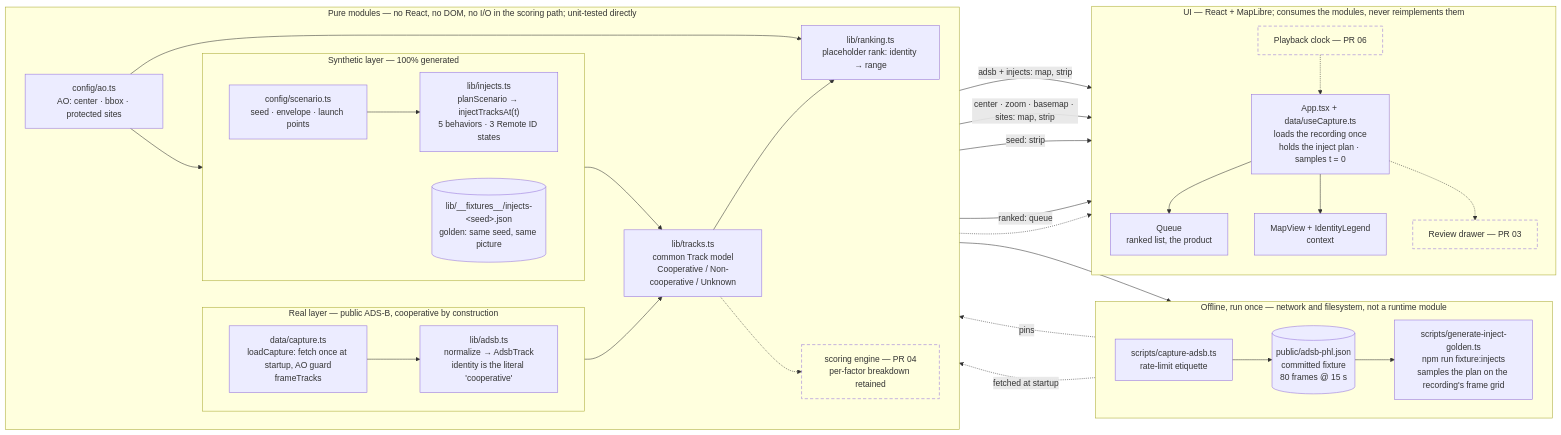
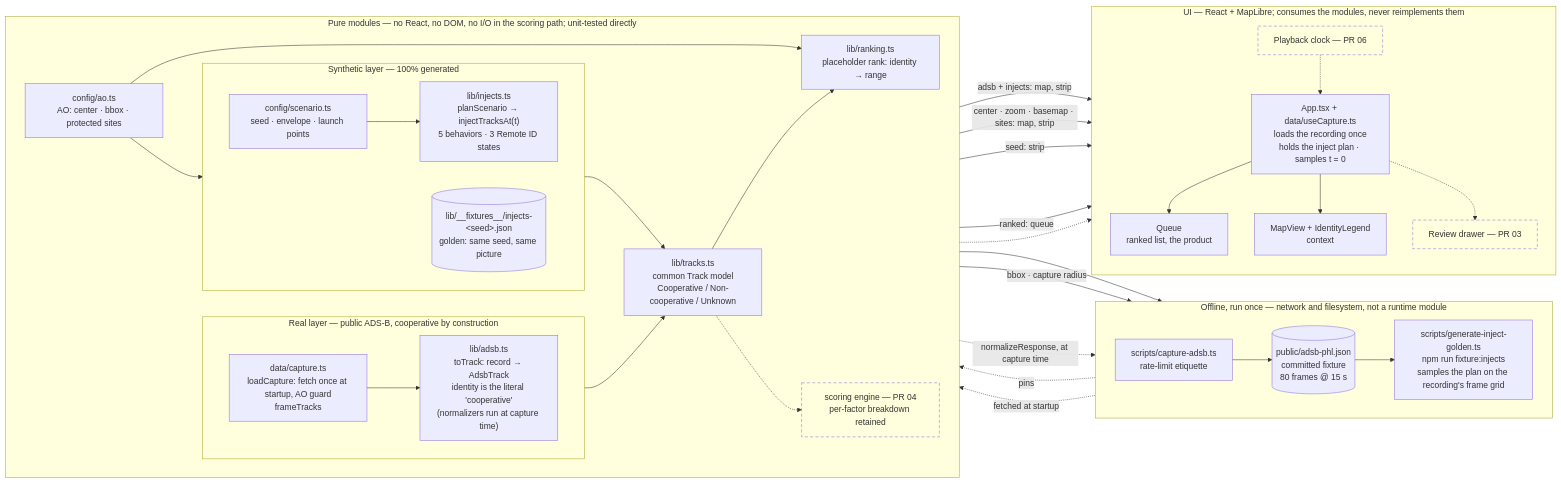
One commit to garishay/vigil changed the diagram in README.md. Above: the diagram before and after it, drawn with Mermaid. The commit also changed 1 other file, not shown here.

Commit message:
docs: draw the capture path's dependencies; widen the checklist wording
Third review round: the capture script reads the AO (bbox, radius) and
calls lib/adsb.ts's normalizers, so both edges are drawn and the runtime
box now says what runs at runtime (toTrack) versus at capture time; the
section-12 checklist wording matches the CLAUDE.md convention, covering
a PR that lands a module the diagram reserves as dashed.

Claude-Session: https://claude.ai/code/session_01TLySuKTCTqmyjo5W8xe24u

````diff
--- a/README.md
+++ b/README.md
@@ -21,52 +21,54 @@
 ```mermaid
 flowchart LR
   subgraph offline["Offline, run once — network and filesystem, not a runtime module"]
     direction LR
     cap["scripts/capture-adsb.ts<br/>rate-limit etiquette"] --> fx[("public/adsb-phl.json<br/>committed fixture<br/>80 frames @ 15 s")]
     fx --> goldgen["scripts/generate-inject-golden.ts<br/>npm run fixture:injects<br/>samples the plan on the recording's frame grid"]
   end
   subgraph pure["Pure modules — no React, no DOM, no I/O in the scoring path; unit-tested directly"]
     direction LR
     subgraph real["Real layer — public ADS-B, cooperative by construction"]
       direction LR
-      load["data/capture.ts<br/>loadCapture: fetch once at startup, AO guard<br/>frameTracks"] --> norm["lib/adsb.ts<br/>normalize → AdsbTrack<br/>identity is the literal 'cooperative'"]
+      load["data/capture.ts<br/>loadCapture: fetch once at startup, AO guard<br/>frameTracks"] --> norm["lib/adsb.ts<br/>toTrack: record → AdsbTrack<br/>identity is the literal 'cooperative'<br/>(normalizers run at capture time)"]
     end
     subgraph syn["Synthetic layer — 100% generated"]
       direction LR
       cfg["config/scenario.ts<br/>seed · envelope · launch points"] --> gen["lib/injects.ts<br/>planScenario → injectTracksAt(t)<br/>5 behaviors · 3 Remote ID states"]
       gold[("lib/__fixtures__/injects-&lt;seed&gt;.json<br/>golden: same seed, same picture")]
     end
     gen --> goldgen
     goldgen -. pins .-> gold
     ao["config/ao.ts<br/>AO: center · bbox · protected sites"]
     model["lib/tracks.ts<br/>common Track model<br/>Cooperative / Non-cooperative / Unknown"]
     rank["lib/ranking.ts<br/>placeholder rank: identity → range"]
     score["scoring engine — PR 04<br/>per-factor breakdown retained"]
     norm --> model
     gen --> model
     ao --> gen
     ao --> rank
     model --> rank
     model -.-> score
   end
   fx -. fetched at startup .-> load
+  ao -- bbox · capture radius --> cap
+  norm -. normalizeResponse, at capture time .-> cap
   subgraph ui["UI — React + MapLibre; consumes the modules, never reimplements them"]
     direction TB
     app["App.tsx + data/useCapture.ts<br/>loads the recording once<br/>holds the inject plan · samples t = 0"]
     queue["Queue<br/>ranked list, the product"]
     map["MapView + IdentityLegend<br/>context"]
     review["Review drawer — PR 03"]
     clock["Playback clock — PR 06"]
     app --> queue
     app --> map
     app -.-> review
     clock -.-> app
   end
   model -- adsb + injects: map, strip --> app
   ao -- center · zoom · basemap · sites: map, strip --> app
   cfg -- seed: strip --> app
   rank -- ranked: queue --> app
   score -.-> app
   classDef planned stroke-dasharray: 6 4,fill:none;
   class score,review,clock planned;
 ```
````
